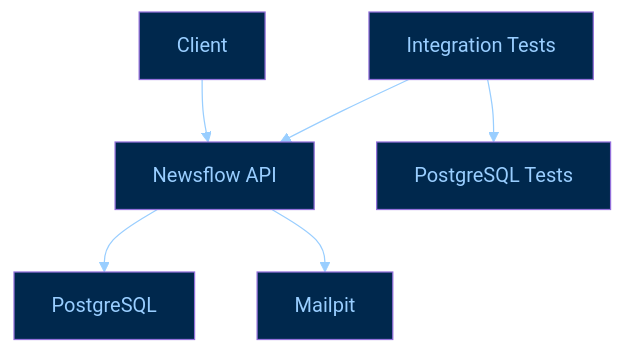
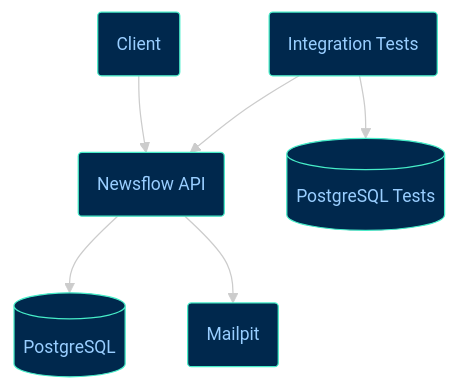
The diagram in README.md (leonardooliveira00/newsflow-api), drawn with Mermaid before and after one commit.

Commit message:
fix: added curve config to diagram.

````diff
--- a/README.md
+++ b/README.md
@@ -36,24 +36,32 @@
 ```mermaid
+---
+config:
+  theme: neo-dark
+  curve: stepline
+---
 flowchart TB
     Reader["Client"] --> API["Newsflow API"]
+    API --> DB["PostgreSQL"] & Mail["Mailpit"]
+    Tests["Integration Tests"] --> DBTests["PostgreSQL Tests"] & API
 
-    API --> DB["PostgreSQL"]
-    API --> Mail["Mailpit"]
-
-    Tests["Integration Tests"] --> DBTests["PostgreSQL Tests"]
-    Tests --> API
-
+    Reader@{ shape: rounded}
+    API@{ shape: rounded}
+    DB@{ shape: db}
+    Mail@{ shape: rounded}
+    Tests@{ shape: rounded}
+    DBTests@{ shape: db}
+     Reader:::Aqua
+     API:::Aqua
+     DB:::Aqua
+     Mail:::Aqua
+     Tests:::Aqua
+     DBTests:::Aqua
+    classDef Aqua stroke-width:1px, stroke-dasharray:none, stroke:#46EDC8, fill:#DEFFF8, color:#378E7A
     style Reader fill:#00284d,color:#99ceff
     style API fill:#00284d,color:#99ceff
     style DB fill:#00284d,color:#99ceff
     style Mail fill:#00284d,color:#99ceff
     style Tests fill:#00284d,color:#99ceff
     style DBTests fill:#00284d,color:#99ceff
 
-    linkStyle 0 stroke:#99ceff
-    linkStyle 1 stroke:#99ceff
-    linkStyle 2 stroke:#99ceff
-    linkStyle 3 stroke:#99ceff
-    linkStyle 4 stroke:#99ceff
-
 ```
````
